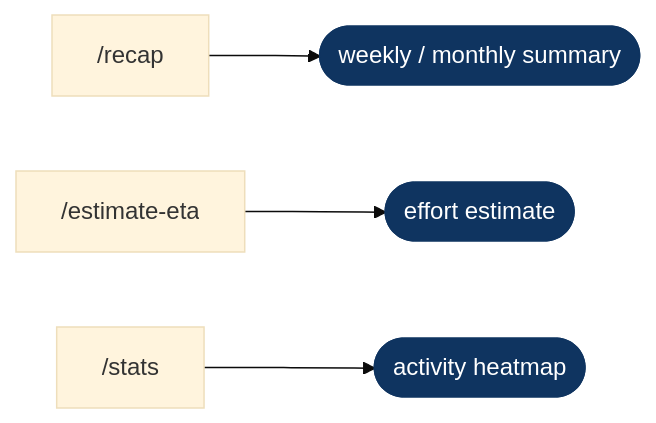
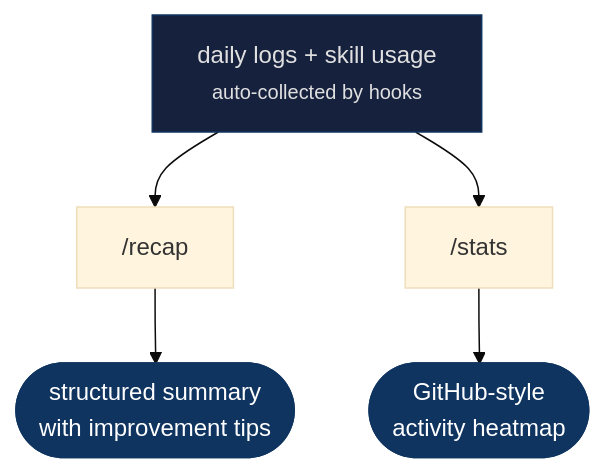
Before and after one commit to anels/nase: the sixth of 7 diagrams in README.md, drawn with Mermaid (base theme). The commit also changed other lines of this file, not shown here.

First line of the commit message:
docs(readme): update use cases section and improve flowcharts (#41)

````diff
--- a/README.md
+++ b/README.md
@@ -206,9 +262,11 @@
 ```mermaid
-flowchart LR
-    A["/recap"] --> B(["weekly / monthly summary"])
-    C["/estimate-eta"] --> D(["effort estimate"])
-    E["/stats"] --> F(["activity heatmap"])
-    style B fill:#0f3460,stroke:#0f3460,color:#fff
+flowchart TD
+    A["daily logs + skill usage<br><small>auto-collected by hooks</small>"]
+    A --> B["/recap"]
+    A --> C["/stats"]
+    B --> D(["structured summary<br>with improvement tips"])
+    C --> E(["GitHub-style<br>activity heatmap"])
+    style A fill:#16213e,stroke:#0f3460,color:#e0e0e0
     style D fill:#0f3460,stroke:#0f3460,color:#fff
-    style F fill:#0f3460,stroke:#0f3460,color:#fff
+    style E fill:#0f3460,stroke:#0f3460,color:#fff
 ```
````
